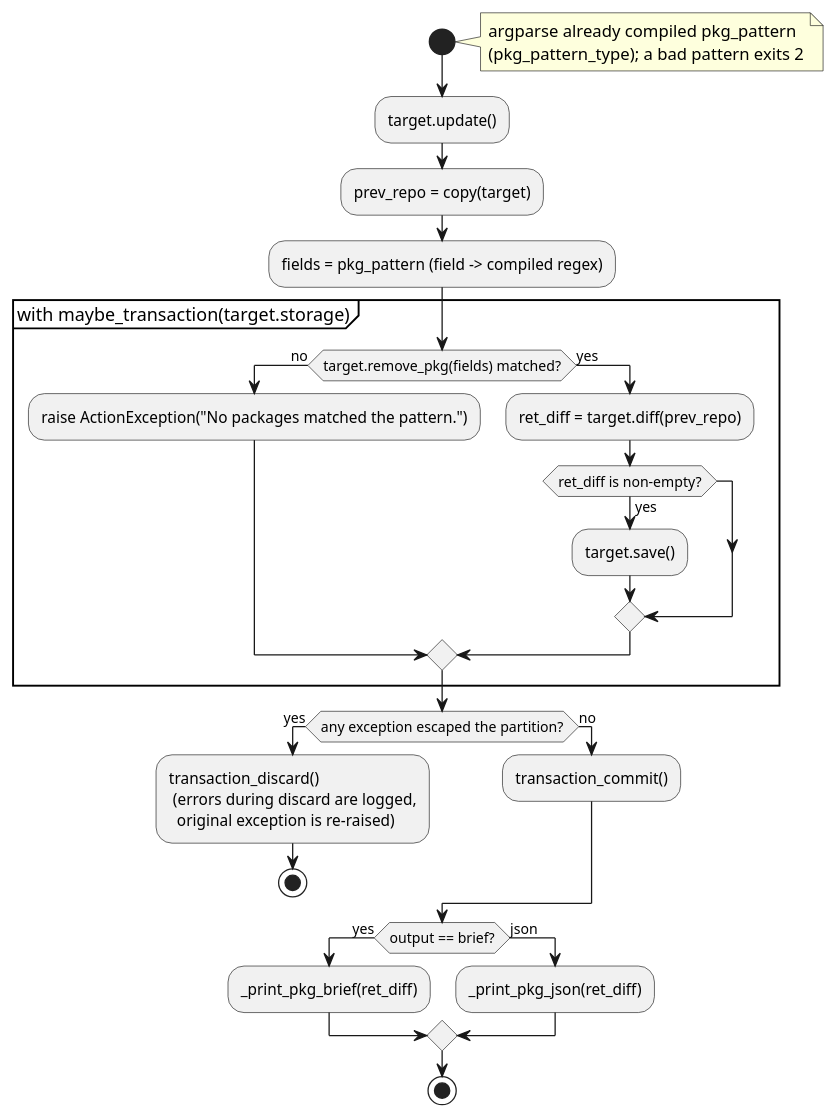
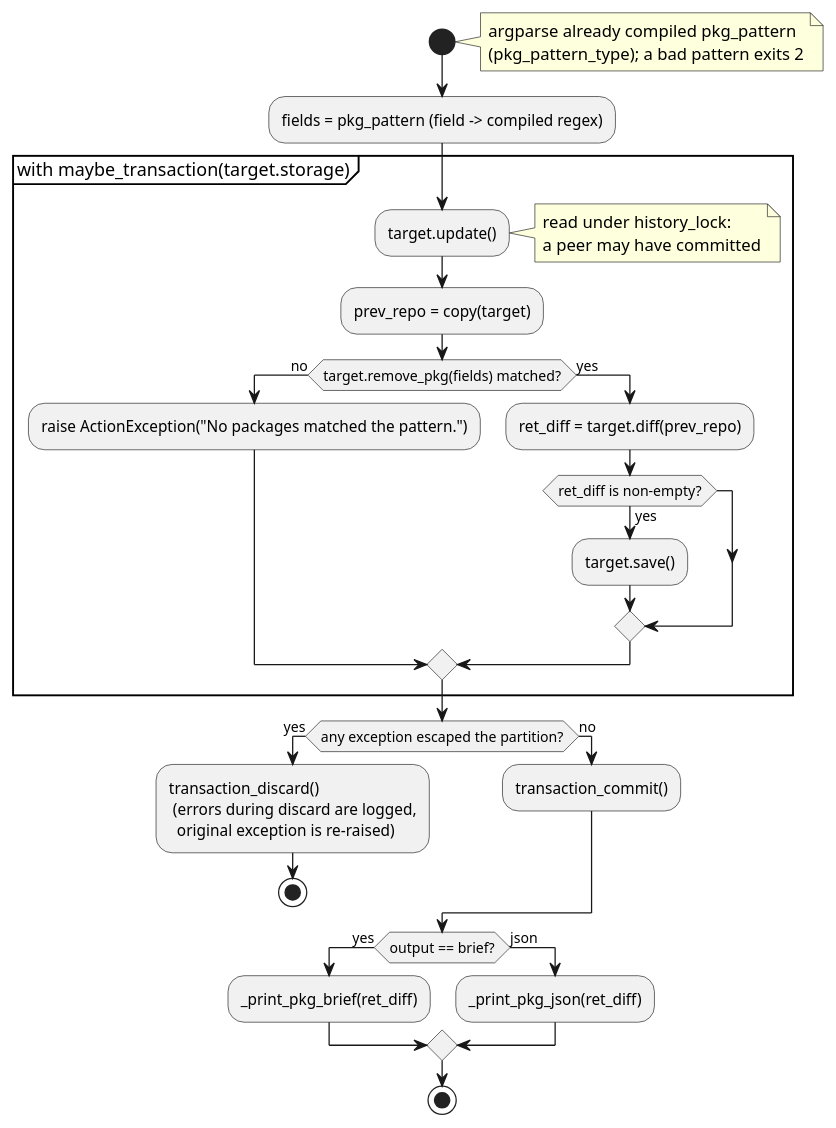
The diagram in docs/development/diagrams/action-pkg-remove-activity.puml (vinklat/debkit), drawn with PlantUML before and after one commit. The commit also changed 12 other files, not shown here.

First line of the commit message:
Load the insert and remove target under the transaction lock

```diff
--- a/docs/development/diagrams/action-pkg-remove-activity.puml
+++ b/docs/development/diagrams/action-pkg-remove-activity.puml
@@ -1,38 +1,39 @@
 @startuml
 start
 note right
   argparse already compiled pkg_pattern
   (pkg_pattern_type); a bad pattern exits 2
 end note
 
-:target.update();
-:prev_repo = copy(target);
 :fields = pkg_pattern (field -> compiled regex);
 
 partition "with maybe_transaction(target.storage)" {
+  :target.update();
+  note right: read under history_lock:\na peer may have committed
+  :prev_repo = copy(target);
   if (target.remove_pkg(fields) matched?) then (no)
     :raise ActionException("No packages matched the pattern.");
   else (yes)
     :ret_diff = target.diff(prev_repo);
     if (ret_diff is non-empty?) then (yes)
       :target.save();
     endif
   endif
 }
 
 if (any exception escaped the partition?) then (yes)
   :transaction_discard()
    (errors during discard are logged,
     original exception is re-raised);
   stop
 else (no)
   :transaction_commit();
 endif
 
 if (output == brief?) then (yes)
   :_print_pkg_brief(ret_diff);
 else (json)
   :_print_pkg_json(ret_diff);
 endif
 stop
 @enduml
```
